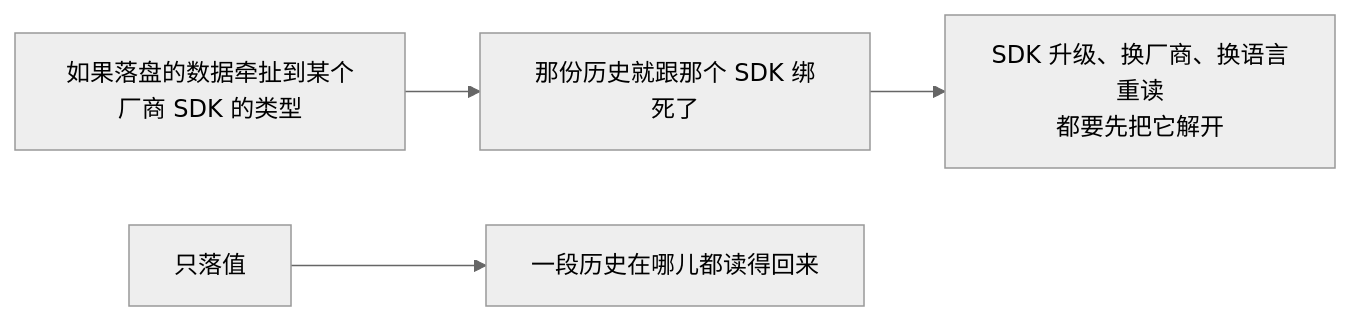
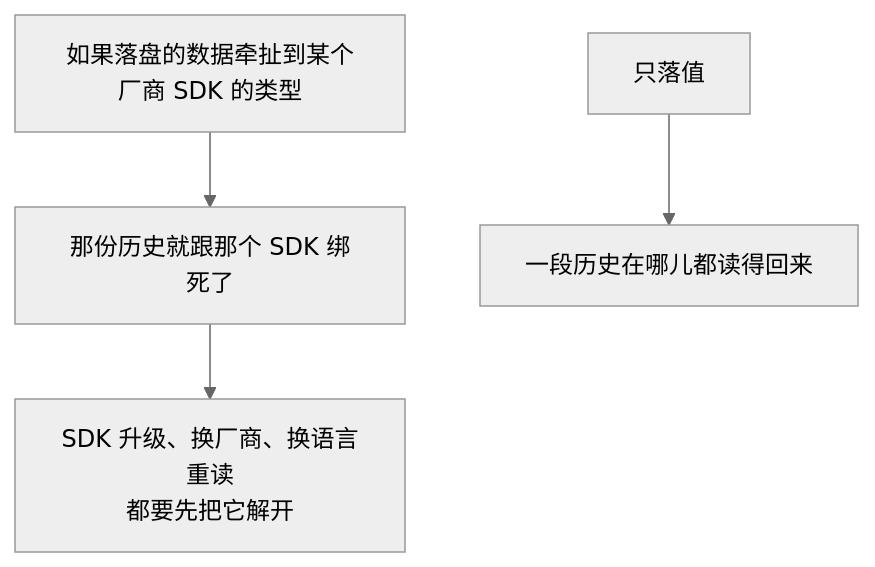
Before and after one commit to snight1983/ds-harness-go: the fourth of 38 diagrams in docs/modules/llm.md, drawn with Mermaid (neutral theme). The commit also changed other lines of this file and 25 other files, not shown here.

````diff
--- a/docs/modules/llm.md
+++ b/docs/modules/llm.md
@@ -61,6 +82,6 @@
 ```mermaid
-flowchart LR
+flowchart TD
     A["如果落盘的数据牵扯到某个厂商 SDK 的类型"] --> B["那份历史就跟那个 SDK 绑死了"]
     B --> C["SDK 升级、换厂商、换语言重读<br/>都要先把它解开"]
     D["只落值"] --> E["一段历史在哪儿都读得回来"]
 ```
````
